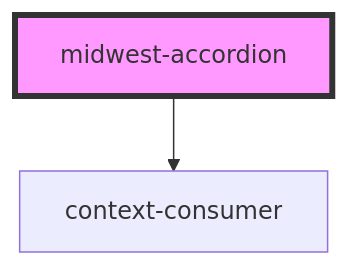
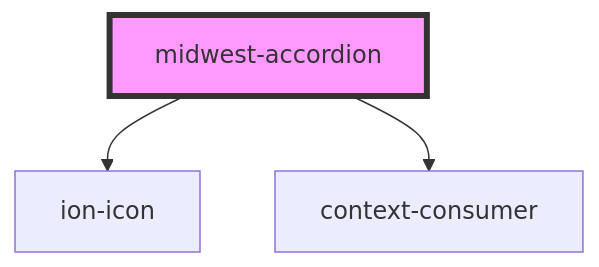
Before and after one commit to splitinfinities/Midwest: the diagram in packages/core/docs/components/common/accordion/readme.md, drawn with Mermaid. The commit also changed other lines of this file and 388 other files, not shown here.

````diff
--- a/packages/core/docs/components/common/accordion/readme.md
+++ b/packages/core/docs/components/common/accordion/readme.md
@@ -74,5 +75,6 @@
 ```mermaid
 graph TD;
+  midwest-accordion --> ion-icon
   midwest-accordion --> context-consumer
   style midwest-accordion fill:#f9f,stroke:#333,stroke-width:4px
 ```
````
